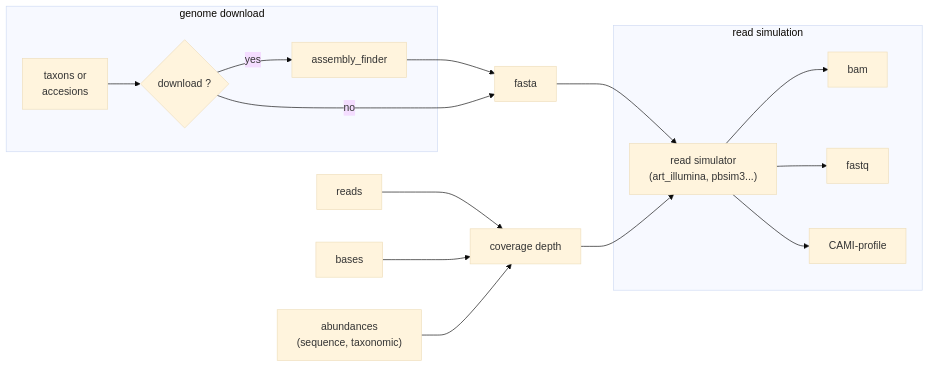
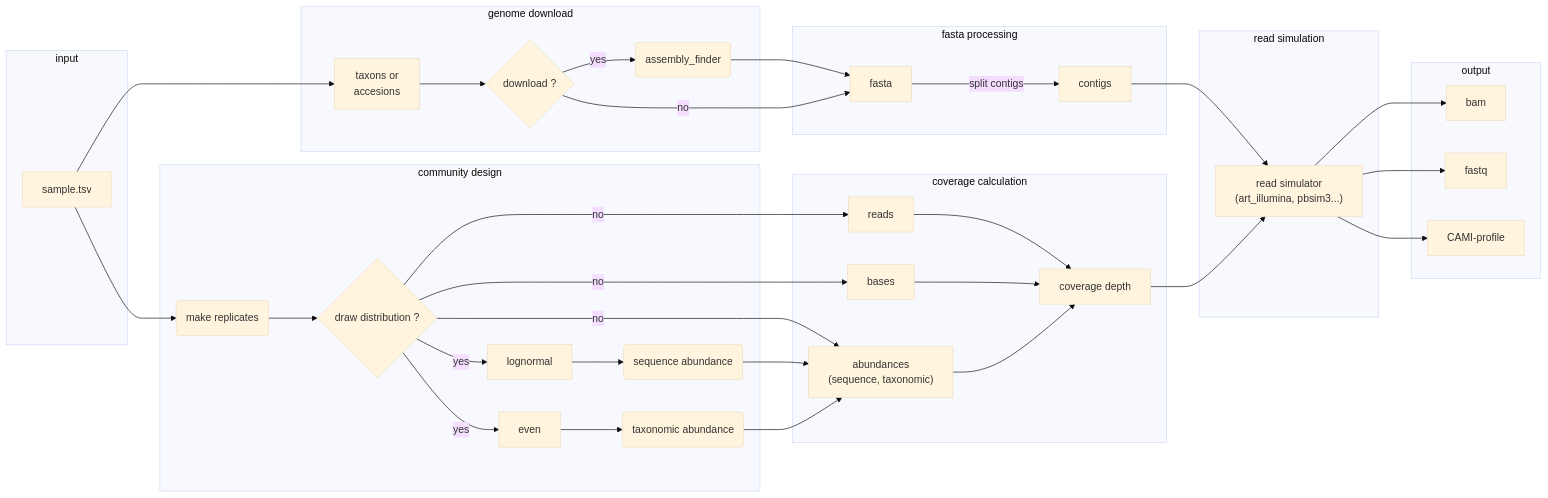
One commit to metagenlab/MeSS changed the diagram in README.md. Above: the diagram before and after it, drawn with Mermaid (base theme).

Commit message:
updated flowchart

````diff
--- a/README.md
+++ b/README.md
@@ -21,32 +21,60 @@
 ``` mermaid
 flowchart LR
+subgraph input
+sample[sample.tsv]
+end
+
+sample --> genome
+assembly_finder(assembly_finder)
 fasta
-subgraph genome download
+subgraph download[genome download]
 B{download ?}
 genome["taxons or
 accesions"] --> B
 B -->|yes| assembly_finder
 end
+sample --> replicates(make replicates)
+subgraph community design
+dist{draw distribution ?}
+dist -->|yes| lognormal
+lognormal --> seqab("sequence abundance")
+dist -->|yes| even
+even --> taxab("taxonomic abundance")
+
+replicates --> dist
+
+end
+dist -->|no | reads
+dist -->|no | bases
+dist -->|no | abundances
+seqab --> abundances
+taxab --> abundances
+
 assembly_finder --> fasta
+subgraph fasta processing
+fasta --> |split contigs| contigs
+end
 
-
+subgraph coverage_calculation[coverage calculation]
 depth["coverage depth"]
 reads --> depth
 bases --> depth
-abundance["abundances 
+abundances["abundances 
 (sequence, taxonomic)"] --> depth 
+end
 
 subgraph read simulation
  simulator["read simulator 
  (art_illumina, pbsim3...)"]
+ contigs --> simulator
+ depth --> simulator
+
+end
+subgraph output
  simulator --> bam
  simulator --> fastq
  simulator --> CAMI-profile
-
 end
-fasta --> simulator
-depth --> simulator
-
 
 B -->|no| fasta 
 ```
````
